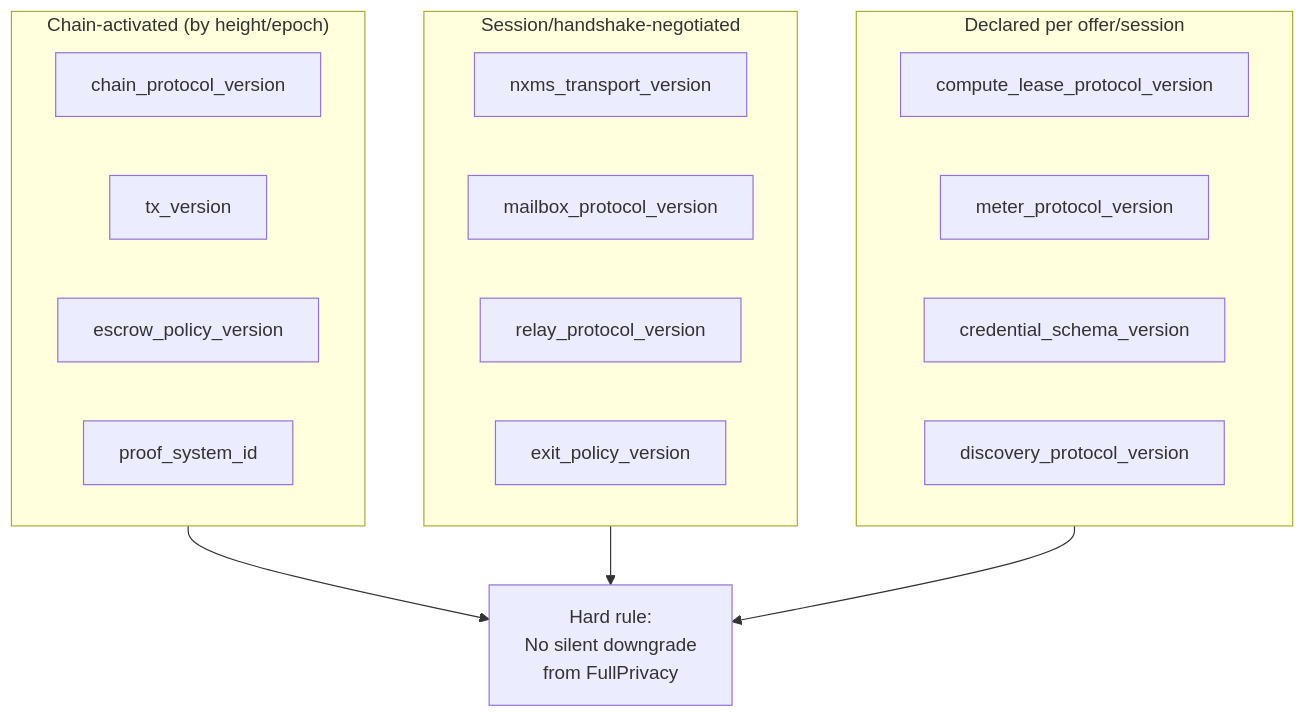
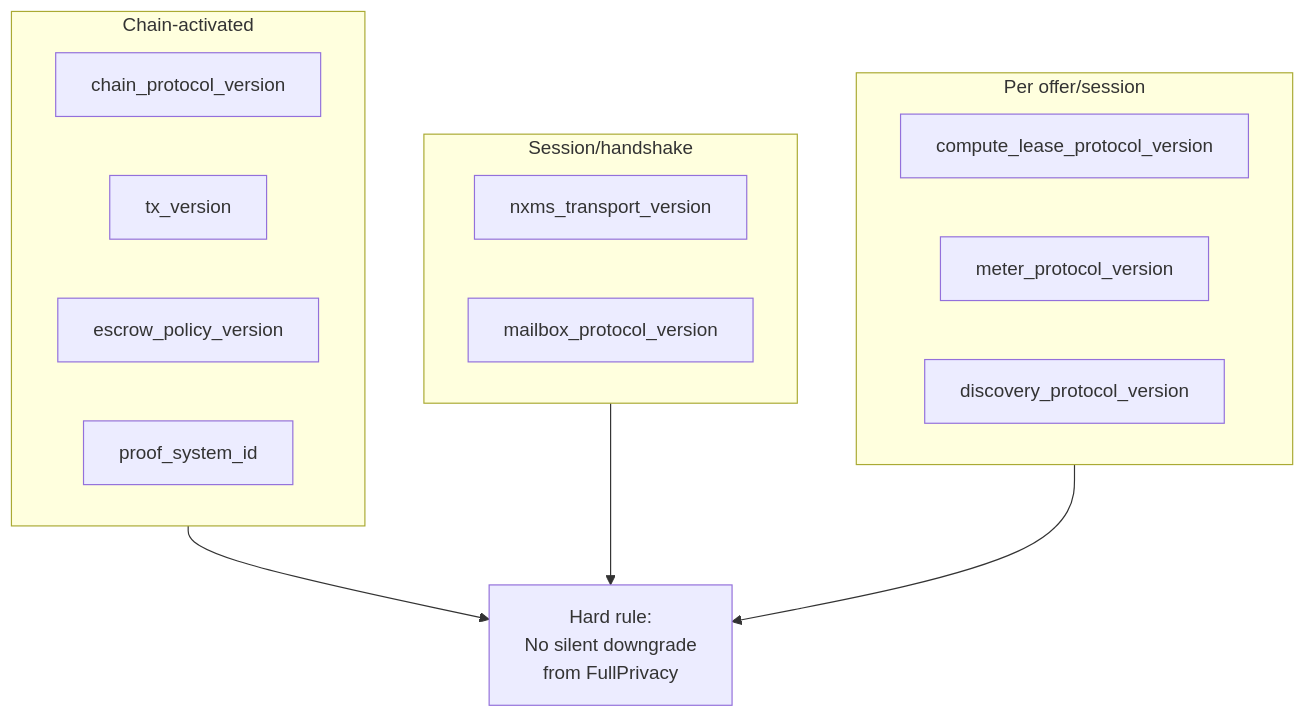
Diagram 11 of 12 in spec/PRIVAI_V0_PRIVATE_COMPUTE/PRIVAI_V0_DIAGRAMS.md (niirmataa/privAI), drawn with Mermaid before and after one commit. The commit also changed other lines of this file and 211 other files, not shown here.

````diff
--- a/spec/PRIVAI_V0_PRIVATE_COMPUTE/PRIVAI_V0_DIAGRAMS.md
+++ b/spec/PRIVAI_V0_PRIVATE_COMPUTE/PRIVAI_V0_DIAGRAMS.md
@@ -393,29 +419,26 @@
 ```mermaid
 flowchart TD
-    subgraph CHAIN["Chain-activated (by height/epoch)"]
+    subgraph CHAIN["Chain-activated"]
         CV["chain_protocol_version"]
         TV["tx_version"]
         EP["escrow_policy_version"]
         PS["proof_system_id"]
     end
 
-    subgraph NEGOTIATED["Session/handshake-negotiated"]
+    subgraph NEGOTIATED["Session/handshake"]
         NT["nxms_transport_version"]
         MP["mailbox_protocol_version"]
-        RP["relay_protocol_version"]
-        XP["exit_policy_version"]
     end
 
-    subgraph DECLARED["Declared per offer/session"]
+    subgraph DECLARED["Per offer/session"]
         CL["compute_lease_protocol_version"]
         MV["meter_protocol_version"]
-        CS["credential_schema_version"]
         DP["discovery_protocol_version"]
     end
 
     CHAIN --> RULE["Hard rule:
     No silent downgrade
     from FullPrivacy"]
     NEGOTIATED --> RULE
     DECLARED --> RULE
 ```
````
